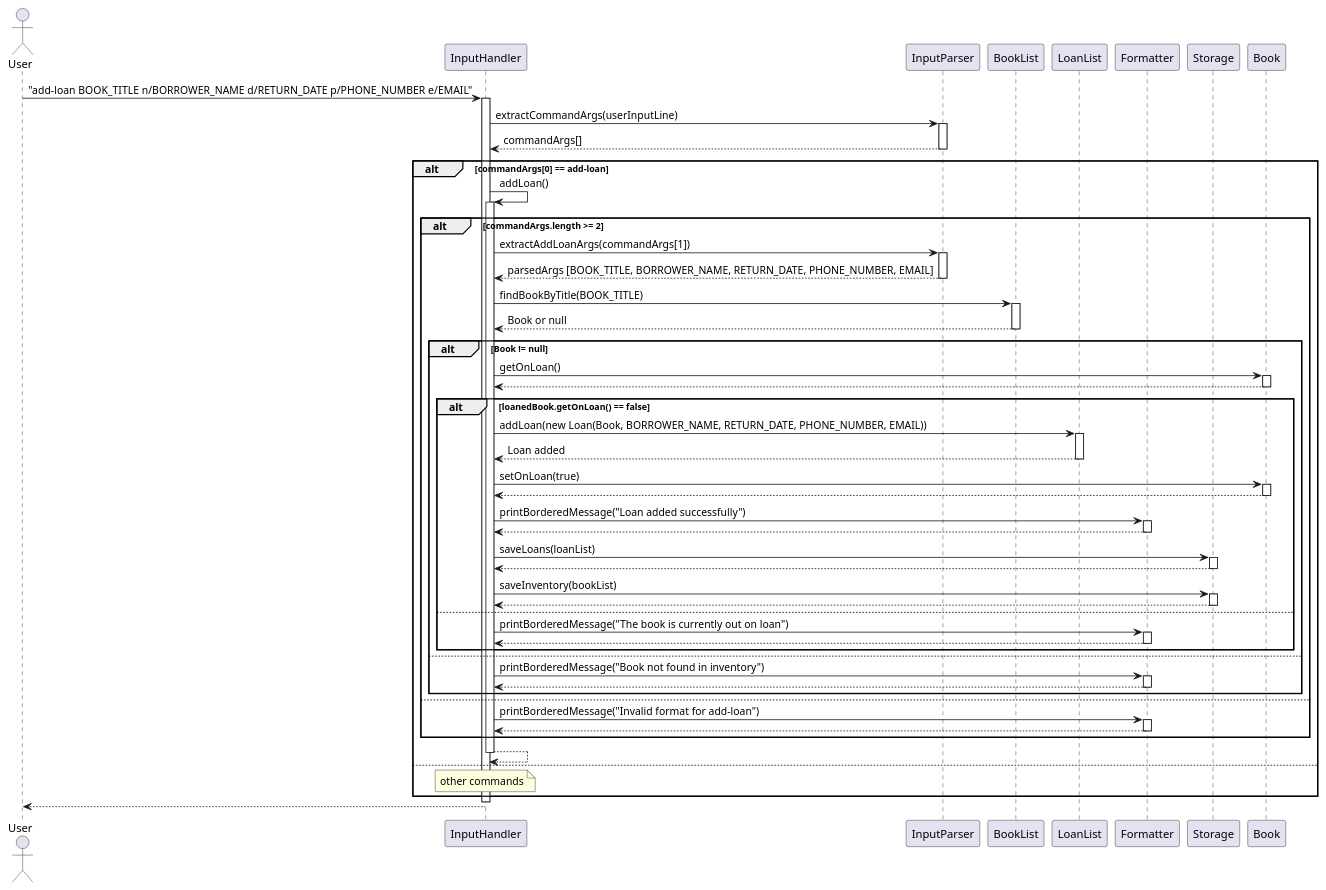
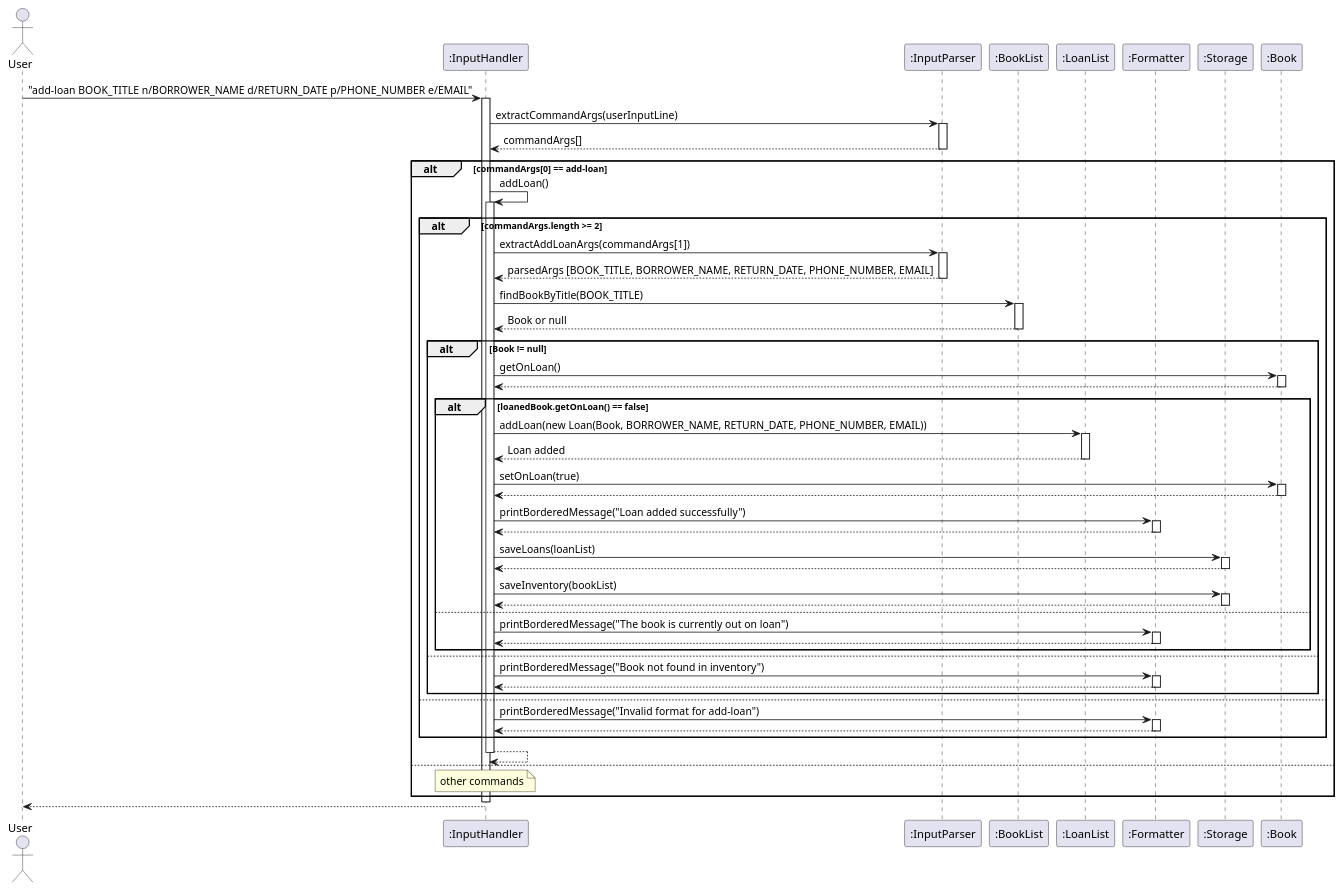
Before and after one commit to AY2425S2-CS2113-T12-2/tp: the diagram in docs/diagrams/addLoan.puml, drawn with PlantUML. The commit also changed 19 other files, not shown here.

```diff
--- a/docs/diagrams/addLoan.puml
+++ b/docs/diagrams/addLoan.puml
@@ -1,104 +1,105 @@
 @startuml
 actor User
-participant InputHandler
-participant InputParser
-participant BookList
-participant LoanList
-participant Formatter
-participant Storage
+participant InputHandler as ":InputHandler"
+participant InputParser as ":InputParser"
+participant BookList as ":BookList"
+participant LoanList as ":LoanList"
+participant Formatter as ":Formatter"
+participant Storage as ":Storage"
+participant Book as ":Book"
 
 User -> InputHandler: "add-loan BOOK_TITLE n/BORROWER_NAME d/RETURN_DATE p/PHONE_NUMBER e/EMAIL"
 activate InputHandler
 
 InputHandler -> InputParser: extractCommandArgs(userInputLine)
 activate InputParser
 
 InputParser --> InputHandler: commandArgs[]
 deactivate InputParser
 
 alt commandArgs[0] == add-loan
     InputHandler -> InputHandler : addLoan()
     activate InputHandler
 
 alt commandArgs.length >= 2
     InputHandler -> InputParser: extractAddLoanArgs(commandArgs[1])
     activate InputParser
 
     InputParser --> InputHandler: parsedArgs [BOOK_TITLE, BORROWER_NAME, RETURN_DATE, PHONE_NUMBER, EMAIL]
     deactivate InputParser
 
     InputHandler -> BookList: findBookByTitle(BOOK_TITLE)
     activate BookList
 
     BookList --> InputHandler: Book or null
     deactivate BookList
 
     alt Book != null
         InputHandler -> Book: getOnLoan()
         activate Book
 
         Book --> InputHandler
         deactivate Book
 
         alt loanedBook.getOnLoan() == false
             InputHandler -> LoanList: addLoan(new Loan(Book, BORROWER_NAME, RETURN_DATE, PHONE_NUMBER, EMAIL))
             activate LoanList
             LoanList --> InputHandler: Loan added
             deactivate LoanList
 
             InputHandler -> Book: setOnLoan(true)
             activate Book
 
             Book --> InputHandler
             deactivate Book
 
             InputHandler -> Formatter: printBorderedMessage("Loan added successfully")
             activate Formatter
 
             Formatter --> InputHandler
             deactivate Formatter
 
             InputHandler -> Storage: saveLoans(loanList)
             activate Storage
 
             Storage --> InputHandler
             deactivate Storage
 
             InputHandler -> Storage: saveInventory(bookList)
             activate Storage
 
             Storage --> InputHandler
             deactivate Storage
 
         else
             InputHandler -> Formatter: printBorderedMessage("The book is currently out on loan")
             activate Formatter
 
             Formatter --> InputHandler
             deactivate Formatter
         end
     else
         InputHandler -> Formatter: printBorderedMessage("Book not found in inventory")
         activate Formatter
 
         Formatter --> InputHandler
         deactivate Formatter
     end
 
     else
         InputHandler -> Formatter: printBorderedMessage("Invalid format for add-loan")
         activate Formatter
         Formatter --> InputHandler
         deactivate Formatter
     end
 
 InputHandler --> InputHandler
 deactivate InputHandler
 
 else
     note over InputHandler : other commands
 end
 
 deactivate InputHandler
 InputHandler --> User
 @enduml
```
